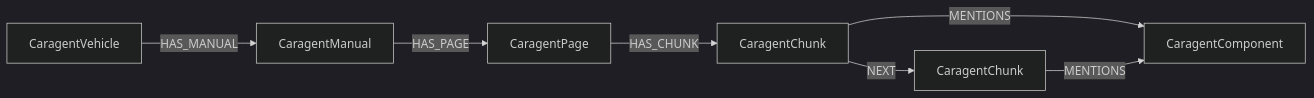
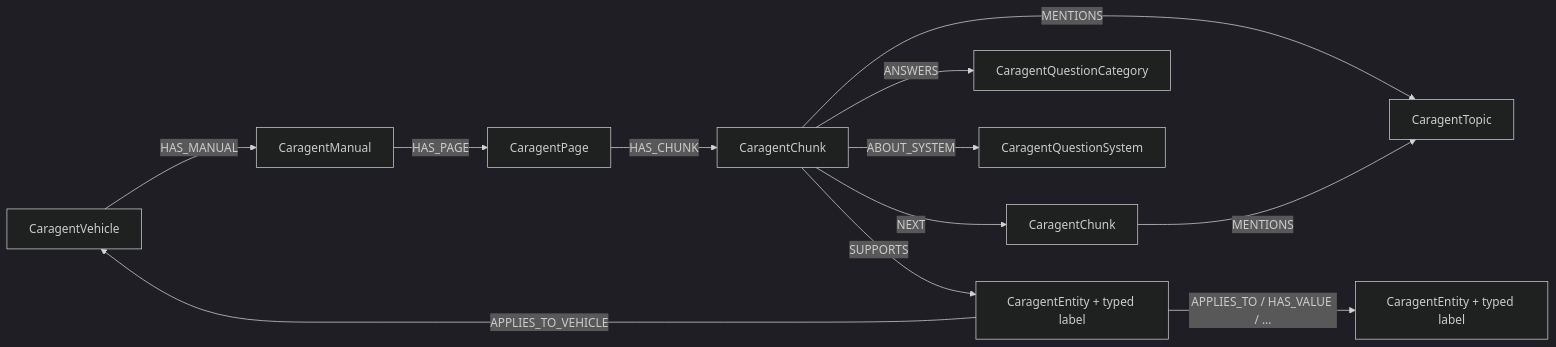
One commit to ygtali1/CARAGENT changed the second of 2 diagrams in docs/architecture.md. Above: the diagram before and after it, drawn with Mermaid (dark theme). The commit also changed other lines of this file and 21 other files, not shown here.

Commit message:
Complete CAR-5 Toyota GraphRAG pipeline

````diff
--- a/docs/architecture.md
+++ b/docs/architecture.md
@@ -26,9 +28,14 @@
 ```mermaid
 graph LR
     V[CaragentVehicle] -->|HAS_MANUAL| M[CaragentManual]
     M -->|HAS_PAGE| P[CaragentPage]
     P -->|HAS_CHUNK| C[CaragentChunk]
     C -->|NEXT| C2[CaragentChunk]
-    C -->|MENTIONS| T[CaragentComponent]
+    C -->|MENTIONS| T[CaragentTopic]
+    C -->|ANSWERS| Q[CaragentQuestionCategory]
+    C -->|ABOUT_SYSTEM| S[CaragentQuestionSystem]
+    C -->|SUPPORTS| E[CaragentEntity + typed label]
+    E -->|APPLIES_TO / HAS_VALUE / ...| E2[CaragentEntity + typed label]
+    E -->|APPLIES_TO_VEHICLE| V
     C2 -->|MENTIONS| T
 ```
````
